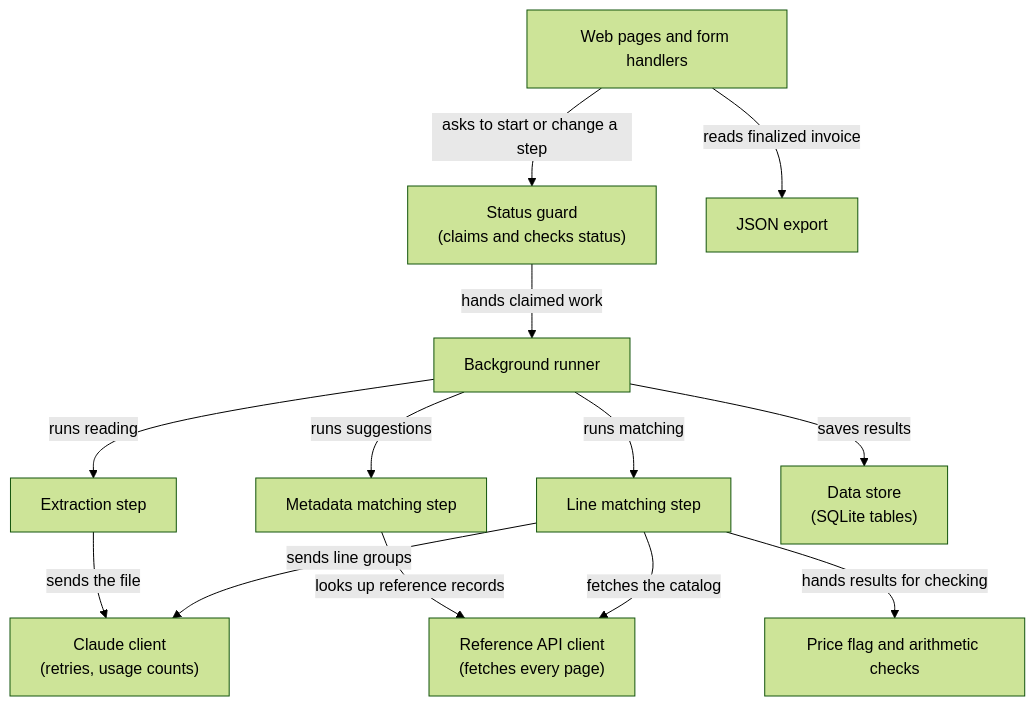
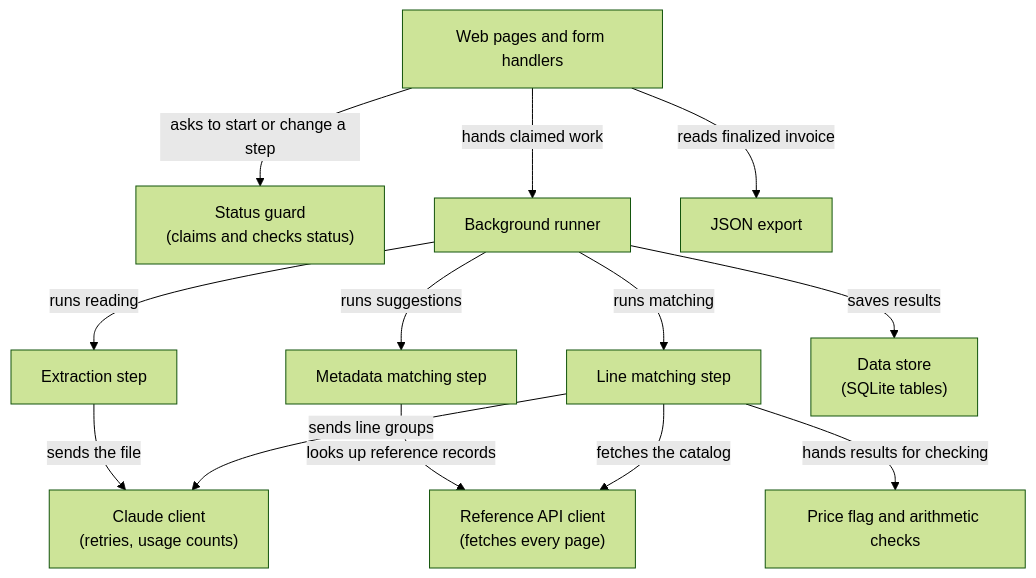
The second of 14 diagrams in docs/ARCHITECTURE.md (lucycchi/ai-invoice-ingestion-platform), drawn with Mermaid (forest theme) before and after one commit. The commit also changed other lines of this file and 12 other files, not shown here.

````diff
--- a/docs/ARCHITECTURE.md
+++ b/docs/ARCHITECTURE.md
@@ -74,27 +75,27 @@
 ```mermaid
 flowchart TB
     pages["Web pages and form handlers"]
     status["Status guard<br/>(claims and checks status)"]
     runner["Background runner"]
     extract["Extraction step"]
     meta["Metadata matching step"]
     lines["Line matching step"]
     flags["Price flag and arithmetic checks"]
     export["JSON export"]
     refclient["Reference API client<br/>(fetches every page)"]
     claudeclient["Claude client<br/>(retries, usage counts)"]
     store["Data store<br/>(SQLite tables)"]
 
     pages -->|"asks to start or change a step"| status
-    status -->|"hands claimed work"| runner
+    pages -->|"hands claimed work"| runner
     runner -->|"runs reading"| extract
     runner -->|"runs suggestions"| meta
     runner -->|"runs matching"| lines
     extract -->|"sends the file"| claudeclient
     lines -->|"sends line groups"| claudeclient
     meta -->|"looks up reference records"| refclient
     lines -->|"fetches the catalog"| refclient
     lines -->|"hands results for checking"| flags
     pages -->|"reads finalized invoice"| export
     runner -->|"saves results"| store
 ```
````
